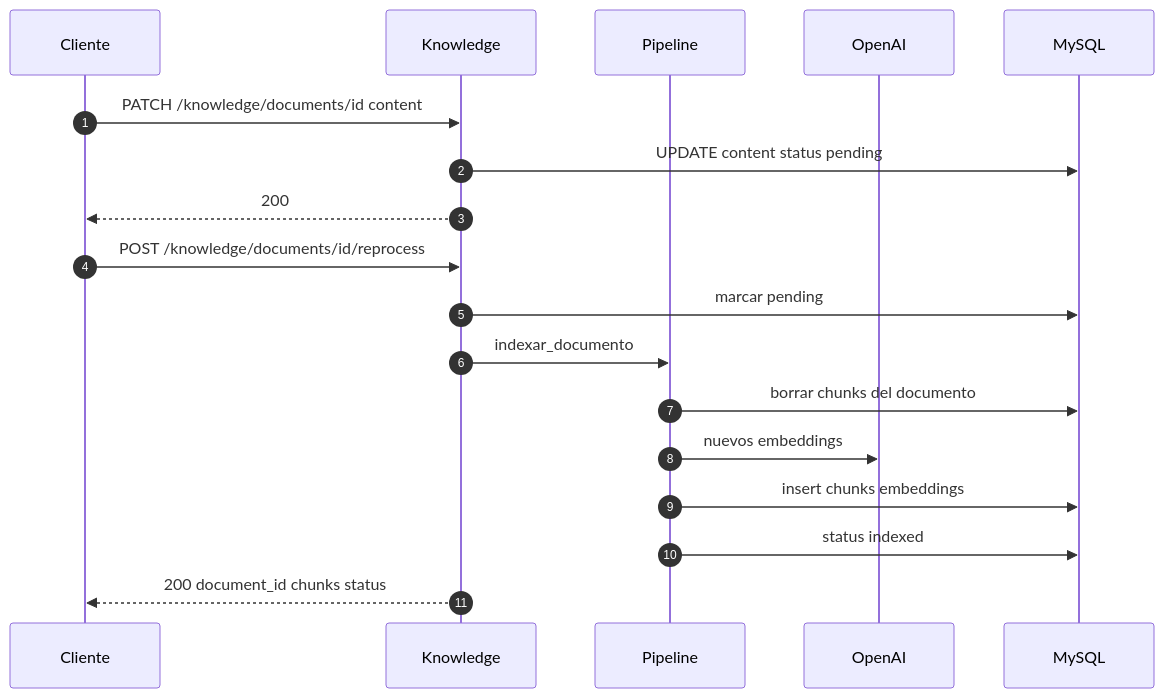
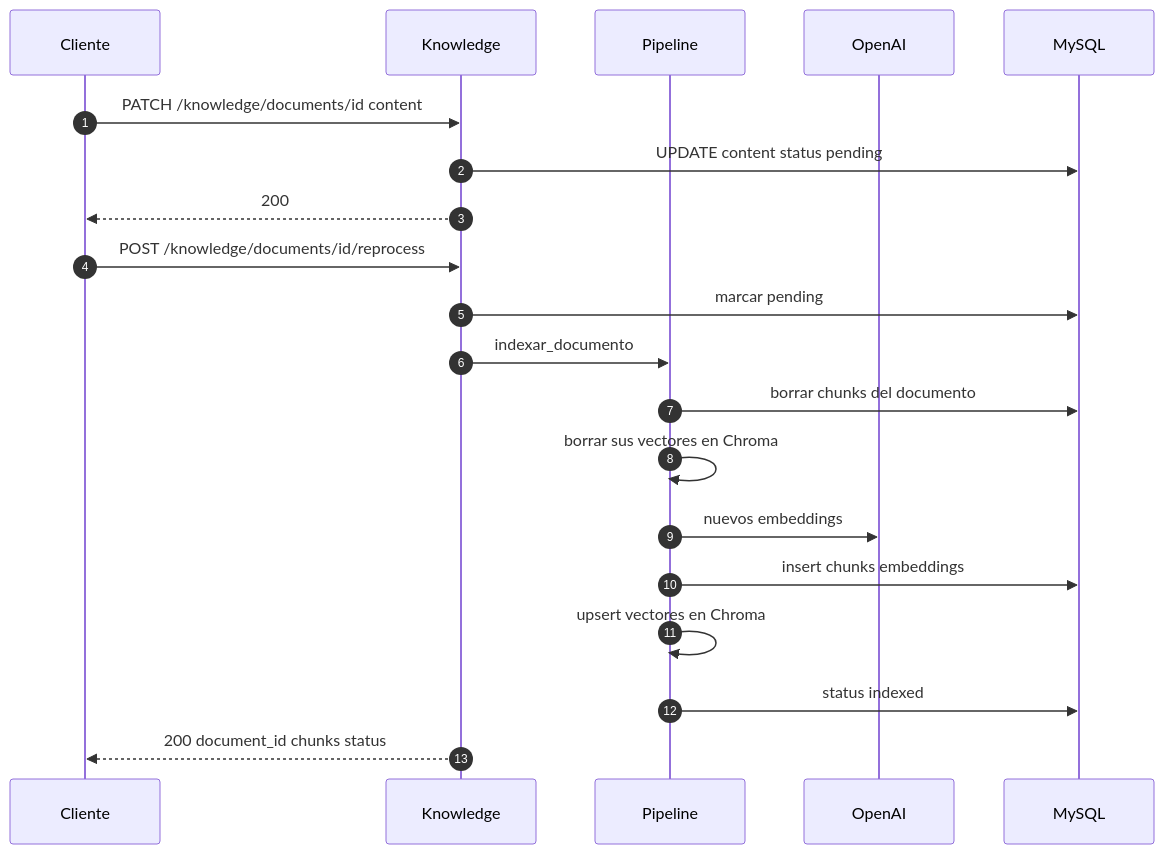
One commit to DavidLeonP/Orquestacion-Agentes changed the sixth of 9 diagrams in docs/diagramas-secuencia.md. Above: the diagram before and after it, drawn with Mermaid. The commit also changed other lines of this file and 70 other files, not shown here.

````diff
--- a/docs/diagramas-secuencia.md
+++ b/docs/diagramas-secuencia.md
@@ -199,22 +217,24 @@
 ```mermaid
 sequenceDiagram
     autonumber
     participant C as Cliente
     participant API as Knowledge
     participant Pipe as Pipeline
     participant Emb as OpenAI
     participant DB as MySQL
 
     C->>API: PATCH /knowledge/documents/id content
     API->>DB: UPDATE content status pending
     API-->>C: 200
 
     C->>API: POST /knowledge/documents/id/reprocess
     API->>DB: marcar pending
     API->>Pipe: indexar_documento
     Pipe->>DB: borrar chunks del documento
+    Pipe->>Pipe: borrar sus vectores en Chroma
     Pipe->>Emb: nuevos embeddings
     Pipe->>DB: insert chunks embeddings
+    Pipe->>Pipe: upsert vectores en Chroma
     Pipe->>DB: status indexed
     API-->>C: 200 document_id chunks status
 ```
````
